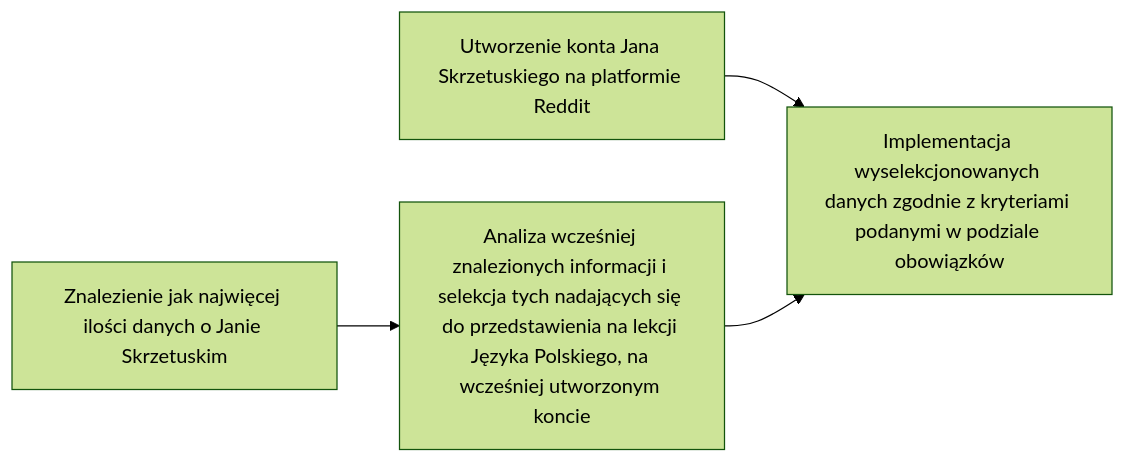
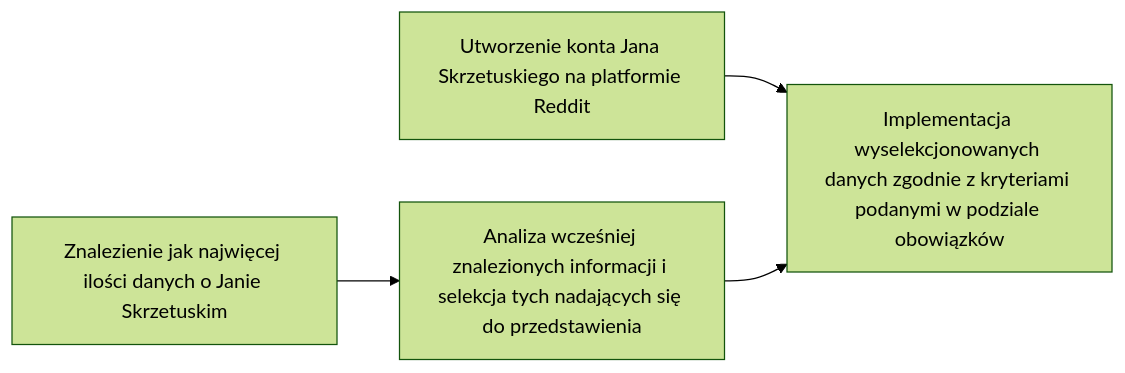
One commit to n-kodem/Jan-Skrzetuski_Twitter changed the diagram in README.md. Above: the diagram before and after it, drawn with Mermaid (forest theme).

Commit message:
readme update

````diff
--- a/README.md
+++ b/README.md
@@ -25,6 +25,6 @@
 ```mermaid
 graph LR
-    A1[Znalezienie jak najwięcej ilości danych o Janie Skrzetuskim] --> B[Analiza wcześniej znalezionych informacji i selekcja tych nadających się do przedstawienia na lekcji Języka Polskiego, na wcześniej utworzonym koncie]
+    A1[Znalezienie jak najwięcej ilości danych o Janie Skrzetuskim] --> B[Analiza wcześniej znalezionych informacji i selekcja tych nadających się do przedstawienia]
     A2[Utworzenie konta Jana Skrzetuskiego na platformie Reddit] --> C[Implementacja wyselekcjonowanych danych zgodnie z kryteriami podanymi w podziale obowiązków]
     B --> C
 ```
````
